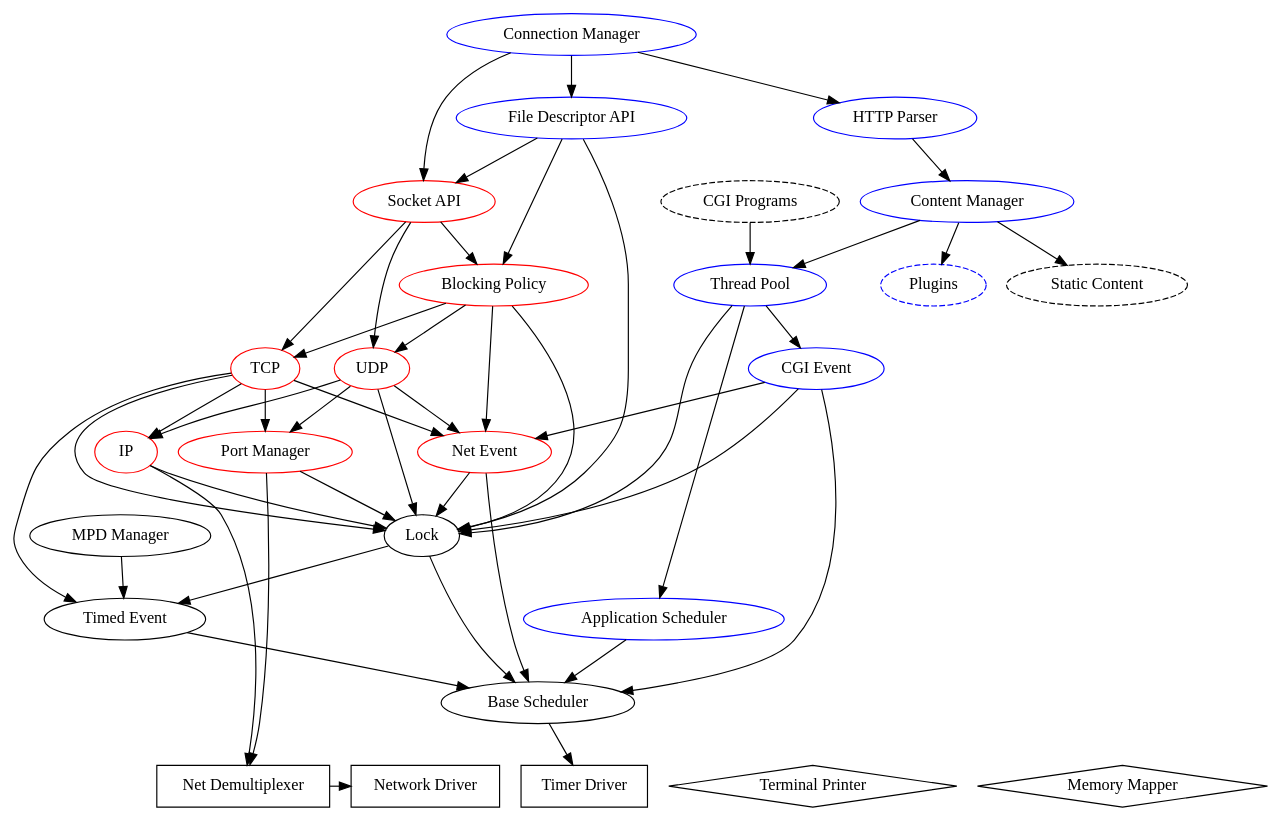
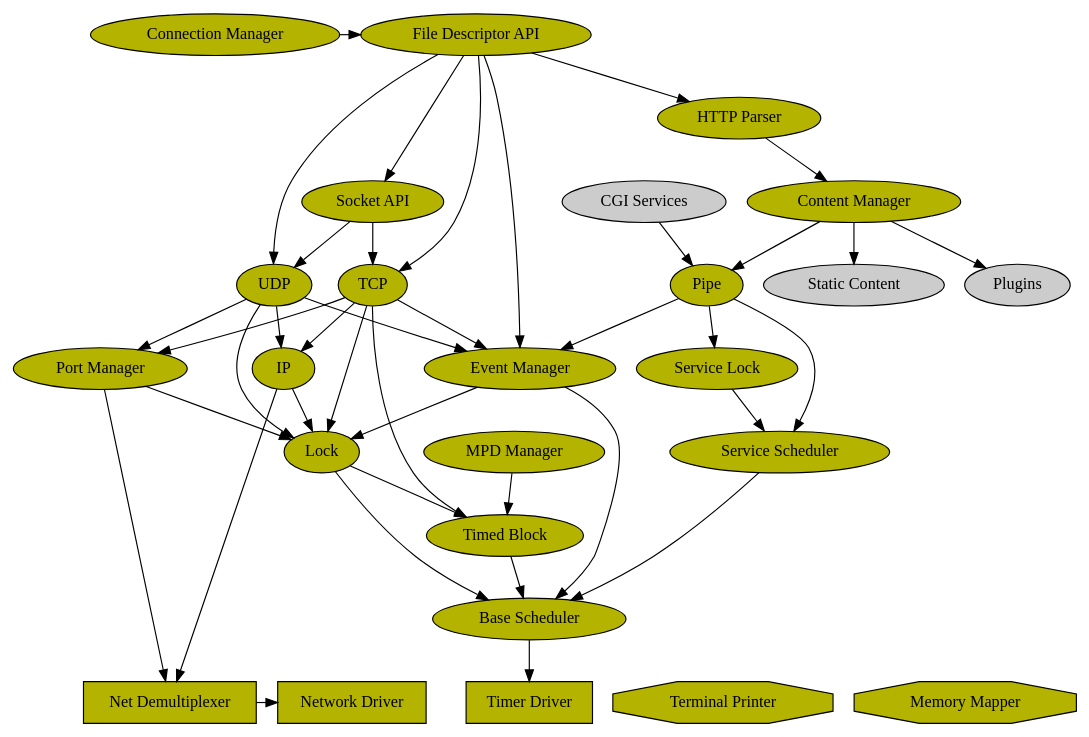
Before and after one commit to gwsystems/composite: the diagram in module/doc/component_web_server.dot, drawn with Graphviz. The commit also changed 10 other files, not shown here.

```diff
--- a/module/doc/component_web_server.dot
+++ b/module/doc/component_web_server.dot
@@ -1,92 +1,85 @@
 digraph web_server {
 	overlap=false;
 //	overlap=scale;
 	splines=true;
 //	rankdir=BT;
-	
+
 	{
 		rank=same;
-		"Net Demultiplexer" [shape=box];
-		"Network Driver" [shape=box];
-		"Timer Driver" [shape=box];
-		"Terminal Printer" [shape=diamond];
-		"Memory Mapper" [shape=diamond];
+		"Net Demultiplexer" [shape=box,style=filled,fillcolor="#b3b300"];
+		"Network Driver" [shape=box,style=filled,fillcolor="#b3b300"];
+		"Timer Driver" [shape=box,style=filled,fillcolor="#b3b300"];
+
+		"Terminal Printer" [shape=octagon,style=filled,fillcolor="#b3b300"];
+		"Memory Mapper" [shape=octagon,style=filled,fillcolor="#b3b300"];
+	};
+	{
+		rank=same;
+		"Connection Manager" [fillcolor="#b3b300",style=filled];
+		"File Descriptor API" [fillcolor="#b3b300",style=filled];
 	};
 
-	{
-	"Socket API" [color=red];
-	"Blocking Policy" [color=red];
-	"UDP" [color=red];
-	"TCP" [color=red];
-	"IP" [color=red];
-	"Port Manager" [color=red];
-	"Net Event" [color=red];
-	};
+	"Socket API" [fillcolor="#b3b300",style=filled];
+	"UDP" [fillcolor="#b3b300",style=filled];
+	"TCP" [fillcolor="#b3b300",style=filled];
+	"IP" [fillcolor="#b3b300",style=filled];
+	"Port Manager" [fillcolor="#b3b300",style=filled];
+	"Event Manager" [fillcolor="#b3b300",style=filled];
 
-	{
-	"Connection Manager" [color=blue];
-	"HTTP Parser" [color=blue];
-	"CGI Programs" [style=dashed];
-	"Content Manager" [color=blue];
-	"Thread Pool" [color=blue];
-	"Static Content" [style=dashed];
-	"Plugins" [style=dashed,color=blue];
-	"Application Scheduler" [color=blue];
-	"CGI Event" [color=blue];
-	"File Descriptor API" [color=blue];
-	};
+	"HTTP Parser" [fillcolor="#b3b300",style=filled];
+	"CGI Services" [fillcolor="#cccccc",style=filled];
+	"Content Manager" [fillcolor="#b3b300",style=filled];
+	"Pipe" [style=filled,fillcolor="#b3b300"];
+	"Service Lock" [style=filled,fillcolor="#b3b300"];
+	"Static Content" [style=filled,fillcolor="#cccccc"];
+	"Plugins" [fillcolor="#cccccc",style=filled];
+	"Service Scheduler" [fillcolor="#b3b300",style=filled];
 
-	"Base Scheduler";
-	"Lock";
-	"Timed Event";
-	"MPD Manager";
-	
+	"Base Scheduler" [fillcolor="#b3b300",style=filled];
+	"Lock" [fillcolor="#b3b300",style=filled];
+	"Timed Block" [fillcolor="#b3b300",style=filled];
+	"MPD Manager" [fillcolor="#b3b300",style=filled];
+
 
 	// Edges
-	"Connection Manager" -> "Socket API";
 	"Connection Manager" -> "File Descriptor API";
 	"File Descriptor API" -> "Socket API";
-	"File Descriptor API" -> "Blocking Policy";
-	"Socket API" -> "Blocking Policy";
-	"Blocking Policy" -> "TCP";
-	"Blocking Policy" -> "UDP";
-	"Blocking Policy" -> "Lock";
-	"Blocking Policy" -> "Net Event";
-	"Connection Manager" -> "HTTP Parser";
+	"File Descriptor API" -> "TCP";
+	"File Descriptor API" -> "UDP";
+	"File Descriptor API" -> "Event Manager";
 	"HTTP Parser" -> "Content Manager";
 	"Content Manager" -> "Plugins";
 	"Content Manager" -> "Static Content";
-	"Content Manager" -> "Thread Pool";
-	"CGI Programs" -> "Thread Pool";
-	"Thread Pool" -> "Application Scheduler";
-	"Application Scheduler" -> "Base Scheduler";
-	"Thread Pool" -> "CGI Event";
+	"Content Manager" -> "Pipe";
+	"CGI Services" -> "Pipe";
+	"Pipe" -> "Service Scheduler";
+	"Pipe" -> "Service Lock";
+	"Service Lock" -> "Service Scheduler";
+	"Service Scheduler" -> "Base Scheduler";
+	"Pipe" -> "Event Manager";
 	"Socket API" -> "TCP";
 	"Socket API" -> "UDP";
 	"UDP" -> "IP";
 	"TCP" -> "IP";
-	"TCP" -> "Timed Event";
-	"UDP" -> "Net Event";
-	"TCP" -> "Net Event";
+	"TCP" -> "Timed Block";
+	"UDP" -> "Event Manager";
+	"TCP" -> "Event Manager";
 	"UDP" -> "Port Manager";
 	"TCP" -> "Port Manager";
 	"Port Manager" -> "Lock";
 	"Port Manager" -> "Net Demultiplexer";
-	"CGI Event" -> "Net Event";
-	"CGI Event" -> "Base Scheduler";
-	"Net Event" -> "Base Scheduler";
-	"CGI Event" -> "Lock";
-	"Net Event" -> "Lock";
-	"Lock" -> "Timed Event";
+	"Event Manager" -> "Base Scheduler";
+	"Event Manager" -> "Lock";
+	"Lock" -> "Timed Block";
 	"Lock" -> "Base Scheduler";
-	"Timed Event" -> "Base Scheduler";
+	"Timed Block" -> "Base Scheduler";
 	"UDP" -> "Lock";
 	"TCP" -> "Lock";
 	"IP" -> "Lock";
-	"Thread Pool" -> "Lock";
-	"File Descriptor API" -> "Lock";
+//	"File Descriptor API" -> "Lock";
 	"IP" -> "Net Demultiplexer" -> "Network Driver";
 	"Base Scheduler" -> "Timer Driver";
+	"File Descriptor API" -> "HTTP Parser";
 
-	"MPD Manager" -> "Timed Event";	
+	"MPD Manager" -> "Timed Block";	
 }
```
